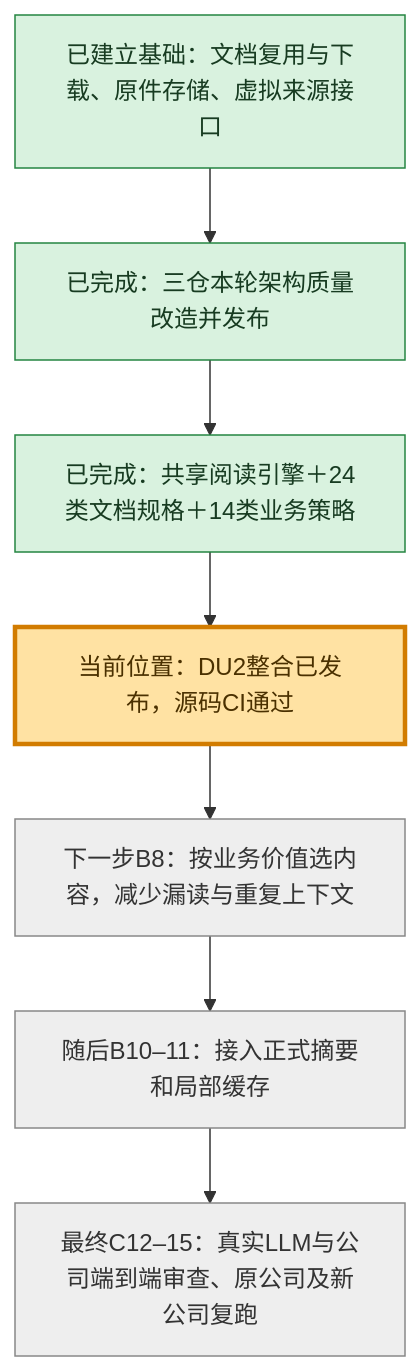
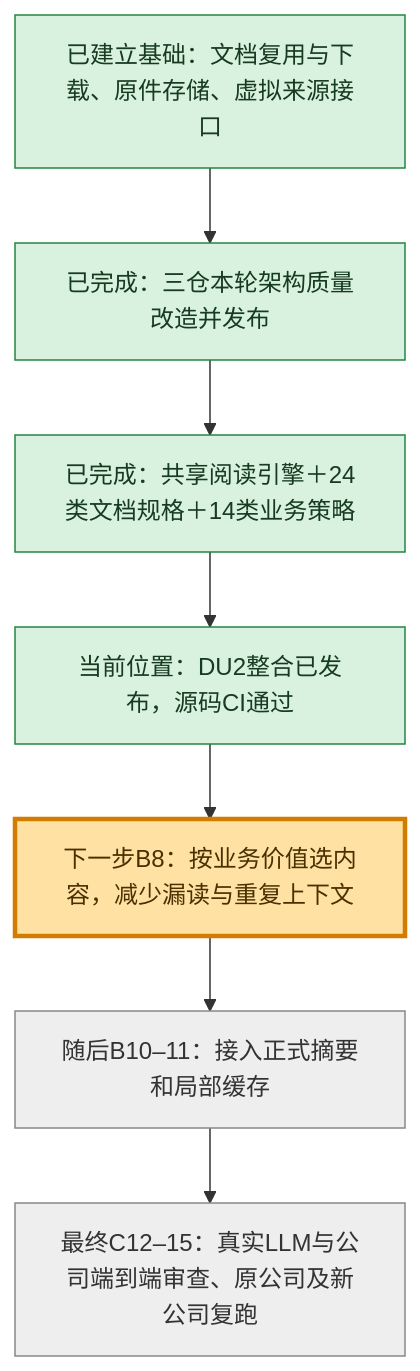
The diagram in docs/plans/document-understanding-2026-10-13/du2-reception/project_status.md (zhengcb81/company-wiki), drawn with Mermaid before and after one commit. The commit also changed other lines of this file and 16 other files, not shown here.

````diff
--- a/docs/plans/document-understanding-2026-10-13/du2-reception/project_status.md
+++ b/docs/plans/document-understanding-2026-10-13/du2-reception/project_status.md
@@ -5,15 +5,15 @@
 ```mermaid
 flowchart TD
     A[已建立基础：文档复用与下载、原件存储、虚拟来源接口] --> B[已完成：三仓本轮架构质量改造并发布]
     B --> C[已完成：共享阅读引擎＋24类文档规格＋14类业务策略]
     C --> D[当前位置：DU2整合已发布，源码CI通过]
     D --> E[下一步B8：按业务价值选内容，减少漏读与重复上下文]
     E --> F[随后B10–11：接入正式摘要和局部缓存]
     F --> G[最终C12–15：真实LLM与公司端到端审查、原公司及新公司复跑]
     classDef done fill:#d9f2df,stroke:#258542,color:#173b21;
     classDef here fill:#ffe2a3,stroke:#d27c00,stroke-width:3px,color:#4a3000;
     classDef todo fill:#eeeeee,stroke:#888888,color:#333333;
-    class A,B,C done;
-    class D here;
-    class E,F,G todo;
+    class A,B,C,D done;
+    class E here;
+    class F,G todo;
 ```
````
